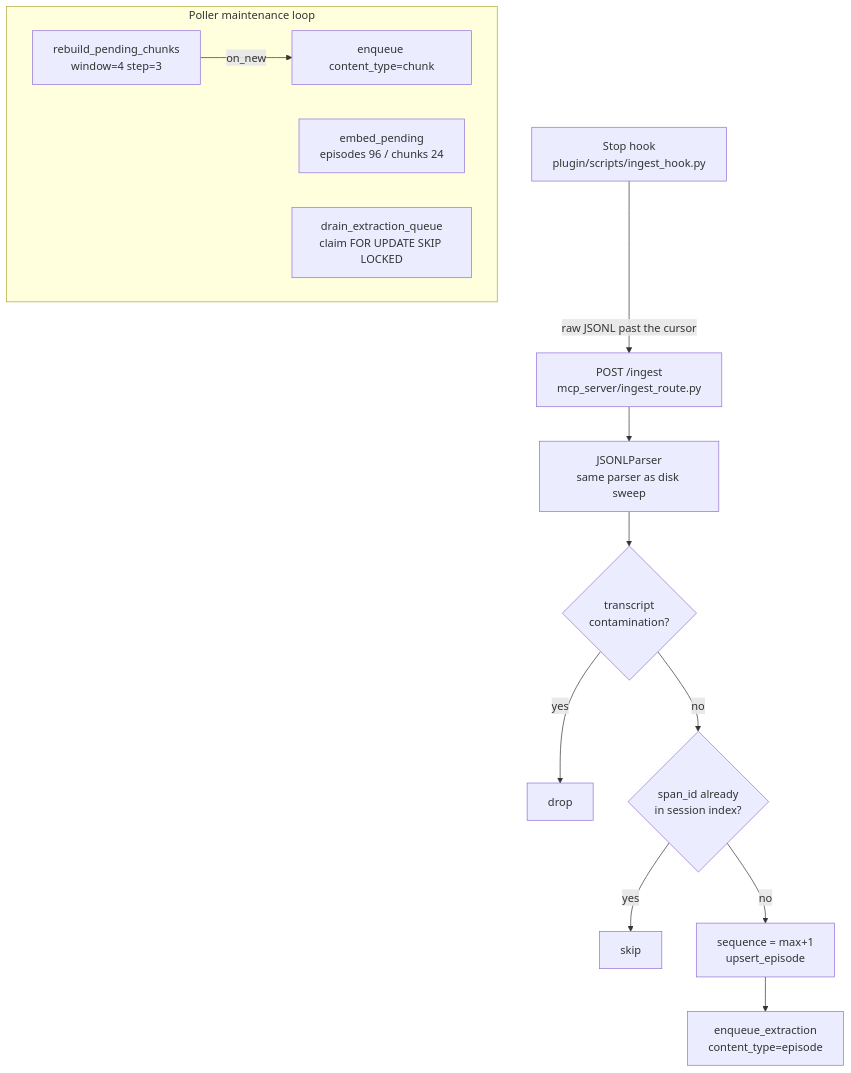
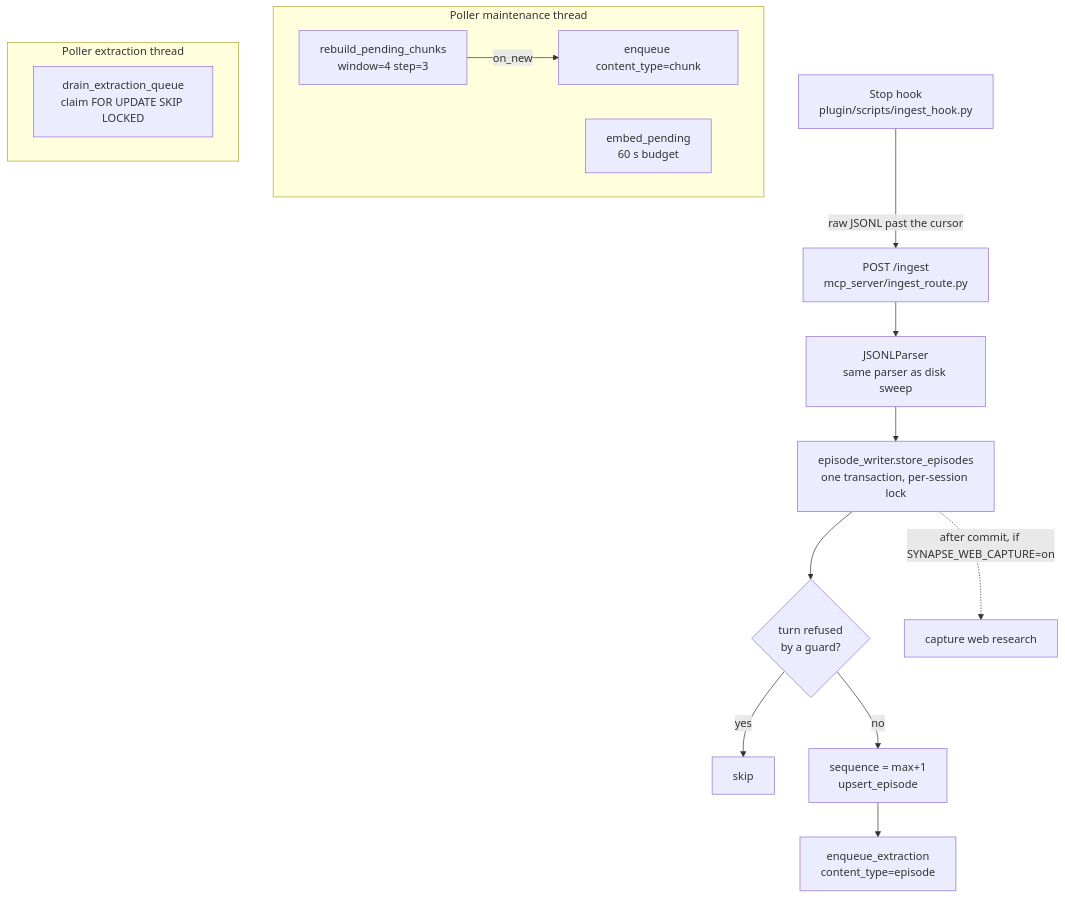
The second of 4 diagrams in ARCHITECTURE.md (kraft87/synapse), drawn with Mermaid before and after one commit. The commit also changed other lines of this file and 15 other files, not shown here.

First line of the commit message:
docs: ARCHITECTURE, README, docs/*.md, plugin READMEs and .env.example describe the fix pass's behaviour (doc-01)

````diff
--- a/ARCHITECTURE.md
+++ b/ARCHITECTURE.md
@@ -181,17 +174,19 @@
 ```mermaid
 flowchart TD
     HK[Stop hook\nplugin/scripts/ingest_hook.py] -->|raw JSONL past the cursor| ING[POST /ingest\nmcp_server/ingest_route.py]
     ING --> PARSE[JSONLParser\nsame parser as disk sweep]
-    PARSE --> CONTAM{transcript\ncontamination?}
-    CONTAM -- yes --> DROP[drop]
-    CONTAM -- no --> DEDUP{span_id already\nin session index?}
-    DEDUP -- yes --> SKIP[skip]
-    DEDUP -- no --> APPEND[sequence = max+1\nupsert_episode]
+    PARSE --> WR[episode_writer.store_episodes\none transaction, per-session lock]
+    WR --> GUARD{turn refused\nby a guard?}
+    GUARD -- yes --> SKIP[skip]
+    GUARD -- no --> APPEND[sequence = max+1\nupsert_episode]
     APPEND --> ENQ[enqueue_extraction\ncontent_type=episode]
+    WR -.->|after commit, if SYNAPSE_WEB_CAPTURE=on| CAP[capture web research]
 
-    subgraph Poller maintenance loop
+    subgraph Poller maintenance thread
         REB[rebuild_pending_chunks\nwindow=4 step=3] -->|on_new| ENQC[enqueue content_type=chunk]
-        EMB[embed_pending\nepisodes 96 / chunks 24]
+        EMB[embed_pending\n60 s budget]
+    end
+    subgraph Poller extraction thread
         DRAIN[drain_extraction_queue\nclaim FOR UPDATE SKIP LOCKED]
     end
 ```
````
